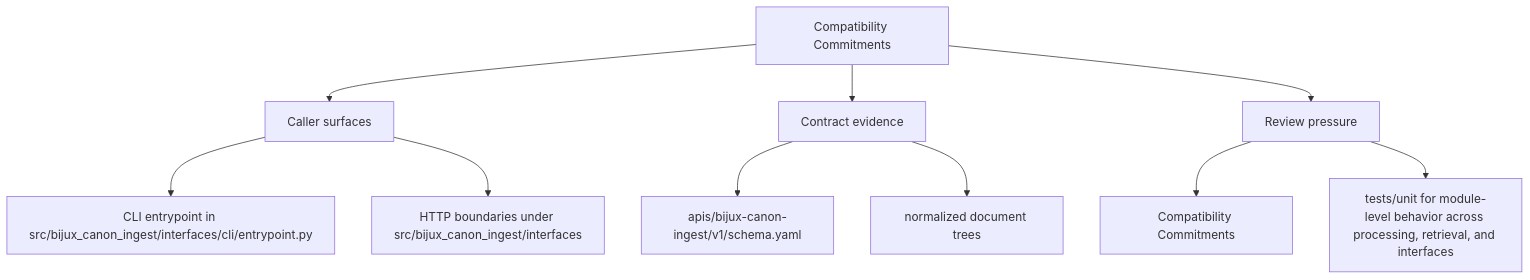
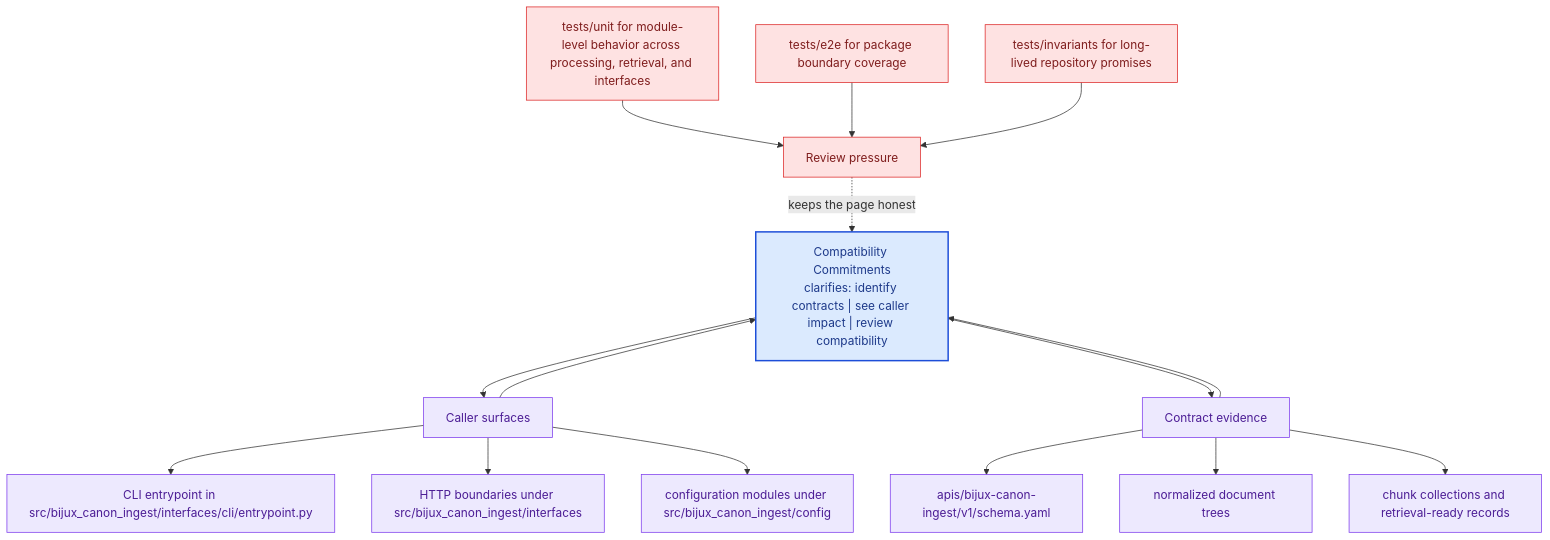
The second of 2 diagrams in docs/bijux-canon-ingest/interfaces/compatibility-commitments.md (bijux/bijux-canon), drawn with Mermaid before and after one commit. The commit also changed other lines of this file and 281 other files, not shown here.

Commit message:
docs(diagrams): deepen handbook mermaid maps across the catalog

````diff
--- a/docs/bijux-canon-ingest/interfaces/compatibility-commitments.md
+++ b/docs/bijux-canon-ingest/interfaces/compatibility-commitments.md
@@ -35,22 +68,41 @@
 ```mermaid
-flowchart TD
-    page["Compatibility Commitments"]
+flowchart TB
+    promise["Compatibility Commitments<br/>clarifies: identify contracts | see caller impact | review compatibility"]
+    classDef promise fill:#dbeafe,stroke:#1d4ed8,color:#1e3a8a,stroke-width:2px;
+    classDef driver fill:#dcfce7,stroke:#16a34a,color:#14532d;
+    classDef constraint fill:#fee2e2,stroke:#dc2626,color:#7f1d1d;
+    classDef ground fill:#ede9fe,stroke:#7c3aed,color:#4c1d95;
     focus1["Caller surfaces"]
-    page --> focus1
+    focus1 --> promise
+    promise --> focus1
     focus1_1["CLI entrypoint in src/bijux_canon_ingest/interfaces/cli/entrypoint.py"]
     focus1 --> focus1_1
     focus1_2["HTTP boundaries under src/bijux_canon_ingest/interfaces"]
     focus1 --> focus1_2
+    focus1_3["configuration modules under src/bijux_canon_ingest/config"]
+    focus1 --> focus1_3
+    class focus1 ground;
+    class focus1_1,focus1_2,focus1_3 ground;
     focus2["Contract evidence"]
-    page --> focus2
+    focus2 --> promise
+    promise --> focus2
     focus2_1["apis/bijux-canon-ingest/v1/schema.yaml"]
     focus2 --> focus2_1
     focus2_2["normalized document trees"]
     focus2 --> focus2_2
+    focus2_3["chunk collections and retrieval-ready records"]
+    focus2 --> focus2_3
+    class focus2 ground;
+    class focus2_1,focus2_2,focus2_3 ground;
     focus3["Review pressure"]
-    page --> focus3
-    focus3_1["Compatibility Commitments"]
-    focus3 --> focus3_1
-    focus3_2["tests/unit for module-level behavior across processing, retrieval, and interfaces"]
-    focus3 --> focus3_2
+    focus3 -.keeps the page honest.-> promise
+    focus3_1["tests/unit for module-level behavior across processing, retrieval, and interfaces"]
+    focus3_1 --> focus3
+    focus3_2["tests/e2e for package boundary coverage"]
+    focus3_2 --> focus3
+    focus3_3["tests/invariants for long-lived repository promises"]
+    focus3_3 --> focus3
+    class focus3 constraint;
+    class focus3_1,focus3_2,focus3_3 constraint;
+    class promise promise;
 ```
````
